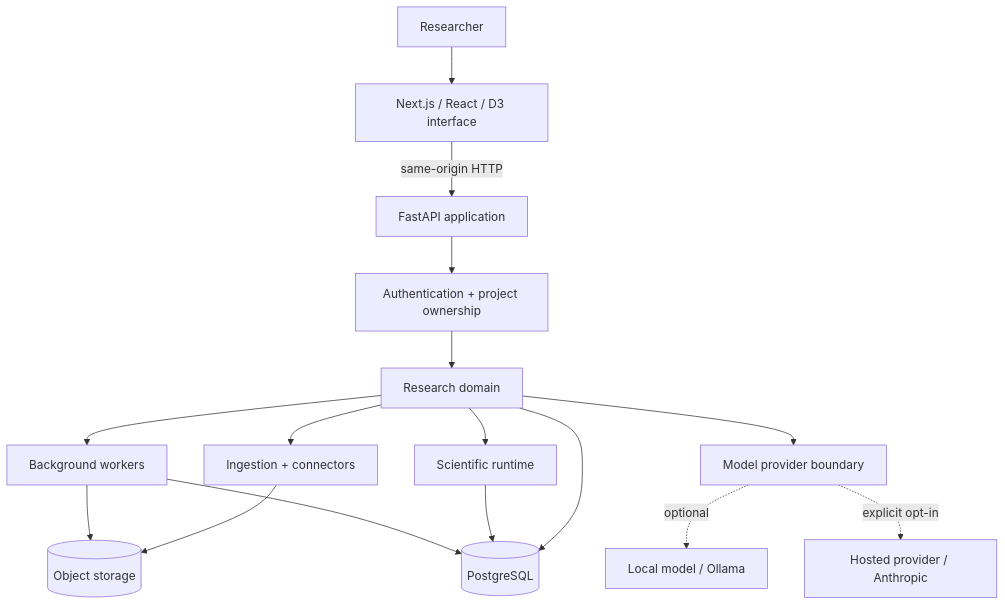
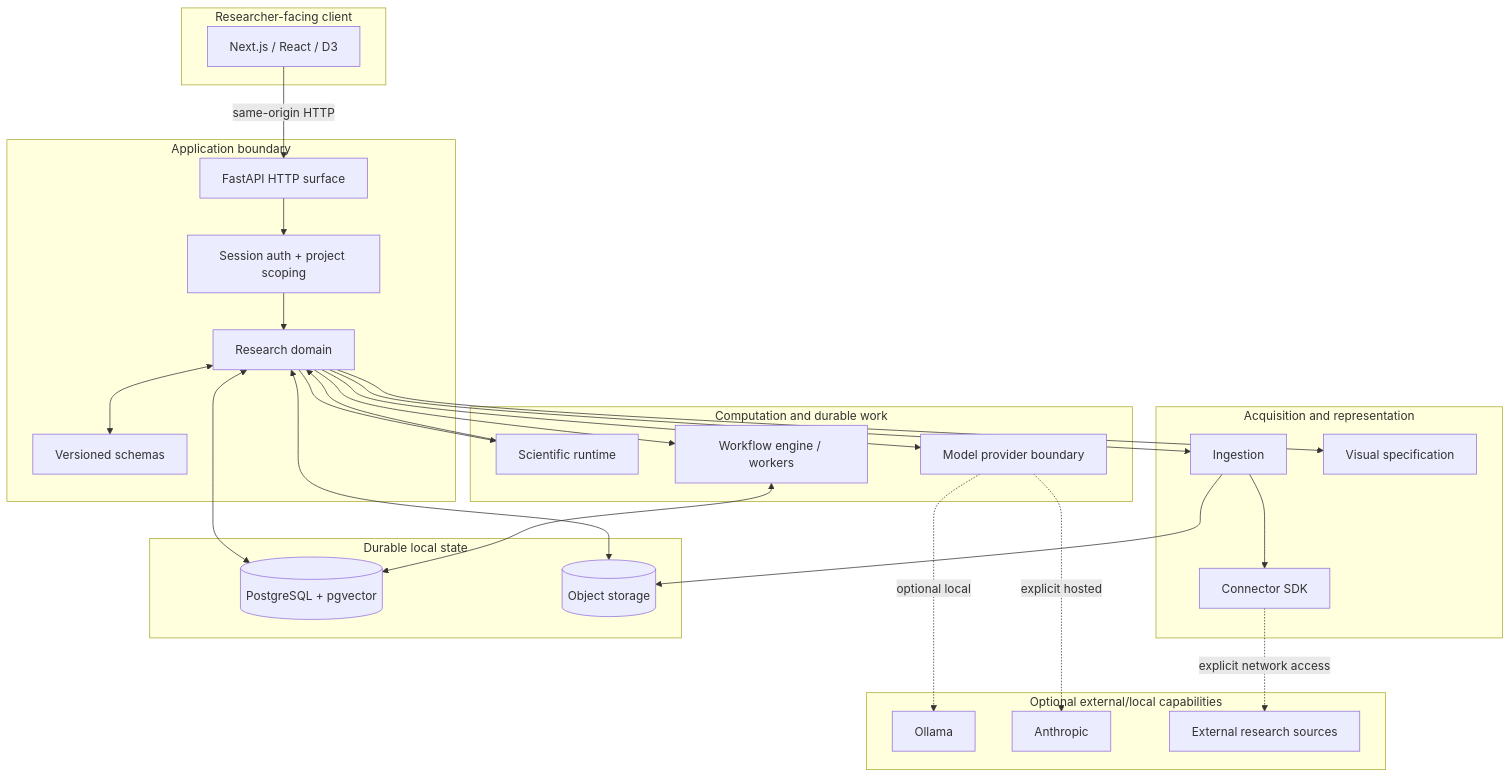
The third of 31 diagrams in README.md (SarthakPattnaik1/throughline-os), drawn with Mermaid before and after one commit. The commit also changed other lines of this file, not shown here.

````diff
--- a/README.md
+++ b/README.md
@@ -220,32 +288,55 @@
 ```mermaid
 flowchart TB
-    U[Researcher]
-    UI[Next.js / React / D3 interface]
-    API[FastAPI application]
-    AUTH[Authentication + project ownership]
-    DOMAIN[Research domain]
-    INGEST[Ingestion + connectors]
-    RUNTIME[Scientific runtime]
-    WORKERS[Background workers]
-    MODEL[Model provider boundary]
-    LOCAL[Local model / Ollama]
-    HOSTED[Hosted provider / Anthropic]
-    DB[(PostgreSQL)]
-    OBJECTS[(Object storage)]
+    subgraph Client[Researcher-facing client]
+        UI[Next.js / React / D3]
+    end
 
-    U --> UI
+    subgraph App[Application boundary]
+        API[FastAPI HTTP surface]
+        AUTH[Session auth + project scoping]
+        DOMAIN[Research domain]
+        SCHEMAS[Versioned schemas]
+    end
+
+    subgraph Compute[Computation and durable work]
+        SCI[Scientific runtime]
+        WF[Workflow engine / workers]
+        MODEL[Model provider boundary]
+    end
+
+    subgraph IO[Acquisition and representation]
+        INGEST[Ingestion]
+        CONN[Connector SDK]
+        VIS[Visual specification]
+    end
+
+    subgraph Persistence[Durable local state]
+        DB[(PostgreSQL + pgvector)]
+        OBJ[(Object storage)]
+    end
+
+    subgraph Optional[Optional external/local capabilities]
+        OLLAMA[Ollama]
+        ANTHROPIC[Anthropic]
+        SOURCES[External research sources]
+    end
+
     UI -->|same-origin HTTP| API
     API --> AUTH
     AUTH --> DOMAIN
+    DOMAIN <--> SCHEMAS
+    DOMAIN --> SCI
+    DOMAIN --> WF
+    DOMAIN --> MODEL
     DOMAIN --> INGEST
-    DOMAIN --> RUNTIME
-    DOMAIN --> WORKERS
-    DOMAIN --> MODEL
-    MODEL -. optional .-> LOCAL
-    MODEL -. explicit opt-in .-> HOSTED
-    INGEST --> OBJECTS
-    DOMAIN --> DB
-    RUNTIME --> DB
-    WORKERS --> DB
-    WORKERS --> OBJECTS
+    DOMAIN --> VIS
+    INGEST --> CONN
+    CONN -. explicit network access .-> SOURCES
+    MODEL -. optional local .-> OLLAMA
+    MODEL -. explicit hosted .-> ANTHROPIC
+    DOMAIN <--> DB
+    WF <--> DB
+    SCI --> DOMAIN
+    INGEST --> OBJ
+    DOMAIN <--> OBJ
 ```
````
